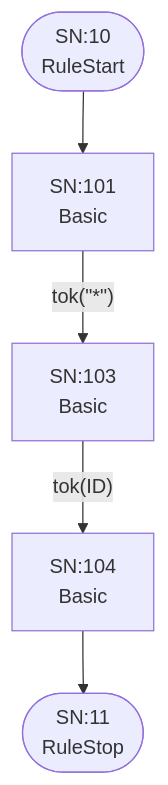
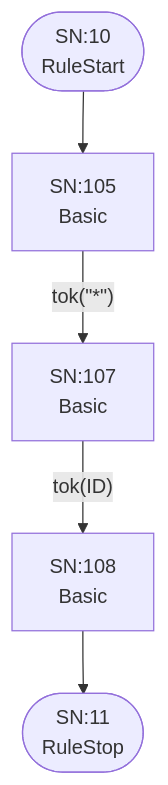
One commit to TypeFox/fastbelt changed the sixth of 26 diagrams in internal/grammar/atn.md. Above: the diagram before and after it, drawn with Mermaid. The commit also changed other lines of this file and 22 other files, not shown here.

````diff
--- a/internal/grammar/atn.md
+++ b/internal/grammar/atn.md
@@ -167,13 +172,13 @@
 ```mermaid
 flowchart TD
     q10(["SN:10<br/>RuleStart"])
     q11(["SN:11<br/>RuleStop"])
-    q101["SN:101<br/>Basic<br/>"]
-    q102["SN:103<br/>Basic<br/>"]
-    q103["SN:104<br/>Basic<br/>"]
+    q105["SN:105<br/>Basic<br/>"]
+    q106["SN:107<br/>Basic<br/>"]
+    q107["SN:108<br/>Basic<br/>"]
 
-    q10 --> q101
-    q101 -->|"tok(&quot;*&quot;)"| q102
-    q102 -->|"tok(ID)"| q103
-    q103 --> q11
+    q10 --> q105
+    q105 -->|"tok(&quot;*&quot;)"| q106
+    q106 -->|"tok(ID)"| q107
+    q107 --> q11
 ```
````
